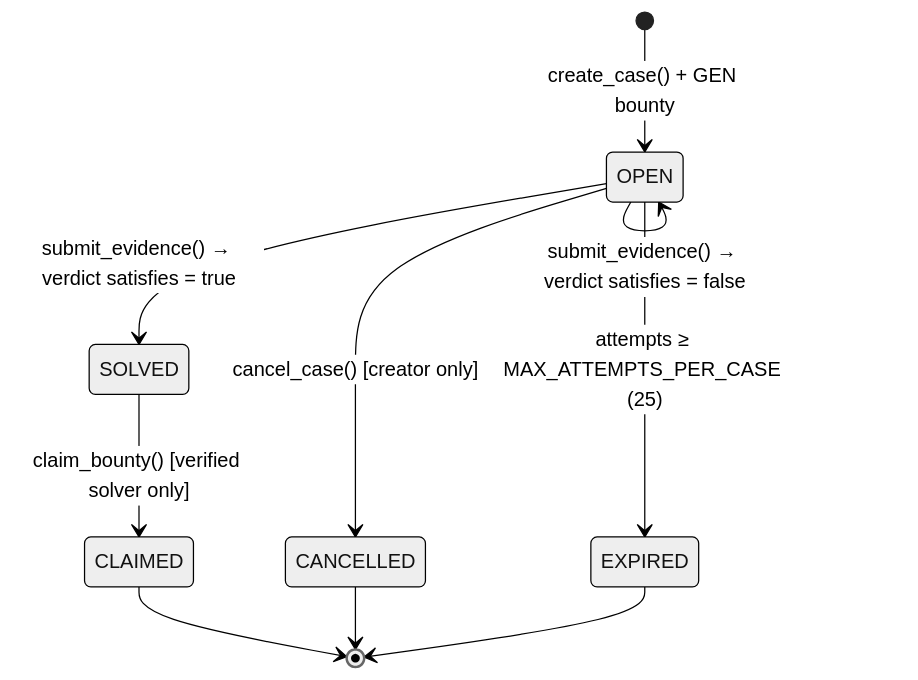
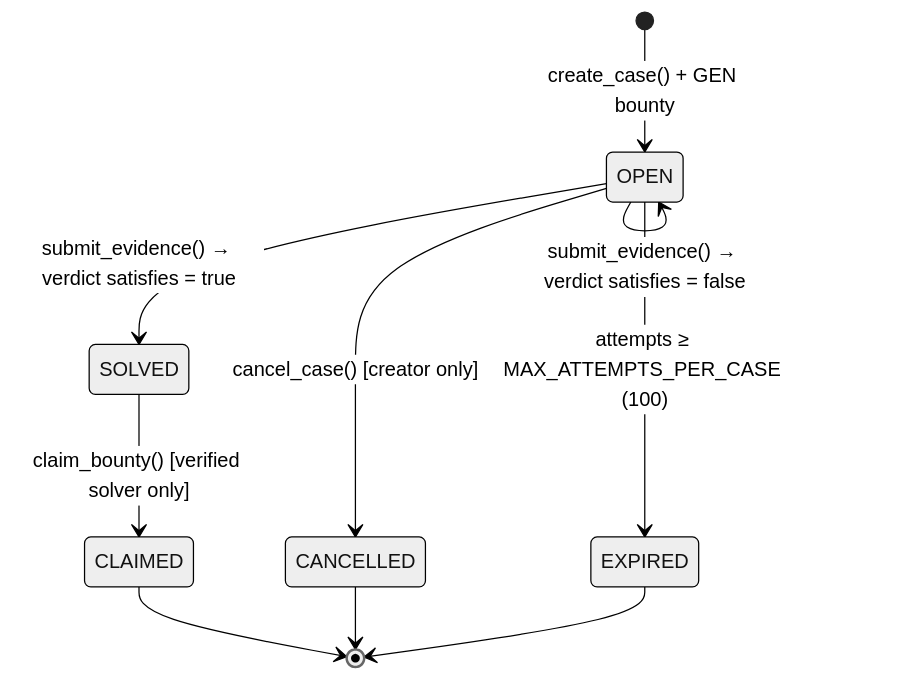
Before and after one commit to reza9133/sherlock_layer: the second of 2 diagrams in README.md, drawn with Mermaid (neutral theme). The commit also changed other lines of this file, not shown here.

````diff
--- a/README.md
+++ b/README.md
@@ -169,12 +169,12 @@
 ```mermaid
 stateDiagram-v2
     [*] --> OPEN: create_case() + GEN bounty
     OPEN --> SOLVED: submit_evidence() → verdict satisfies = true
     OPEN --> OPEN: submit_evidence() → verdict satisfies = false
-    OPEN --> EXPIRED: attempts ≥ MAX_ATTEMPTS_PER_CASE (25)
+    OPEN --> EXPIRED: attempts ≥ MAX_ATTEMPTS_PER_CASE (100)
     OPEN --> CANCELLED: cancel_case() [creator only]
     SOLVED --> CLAIMED: claim_bounty() [verified solver only]
     CLAIMED --> [*]
     CANCELLED --> [*]
     EXPIRED --> [*]
 ```
````
